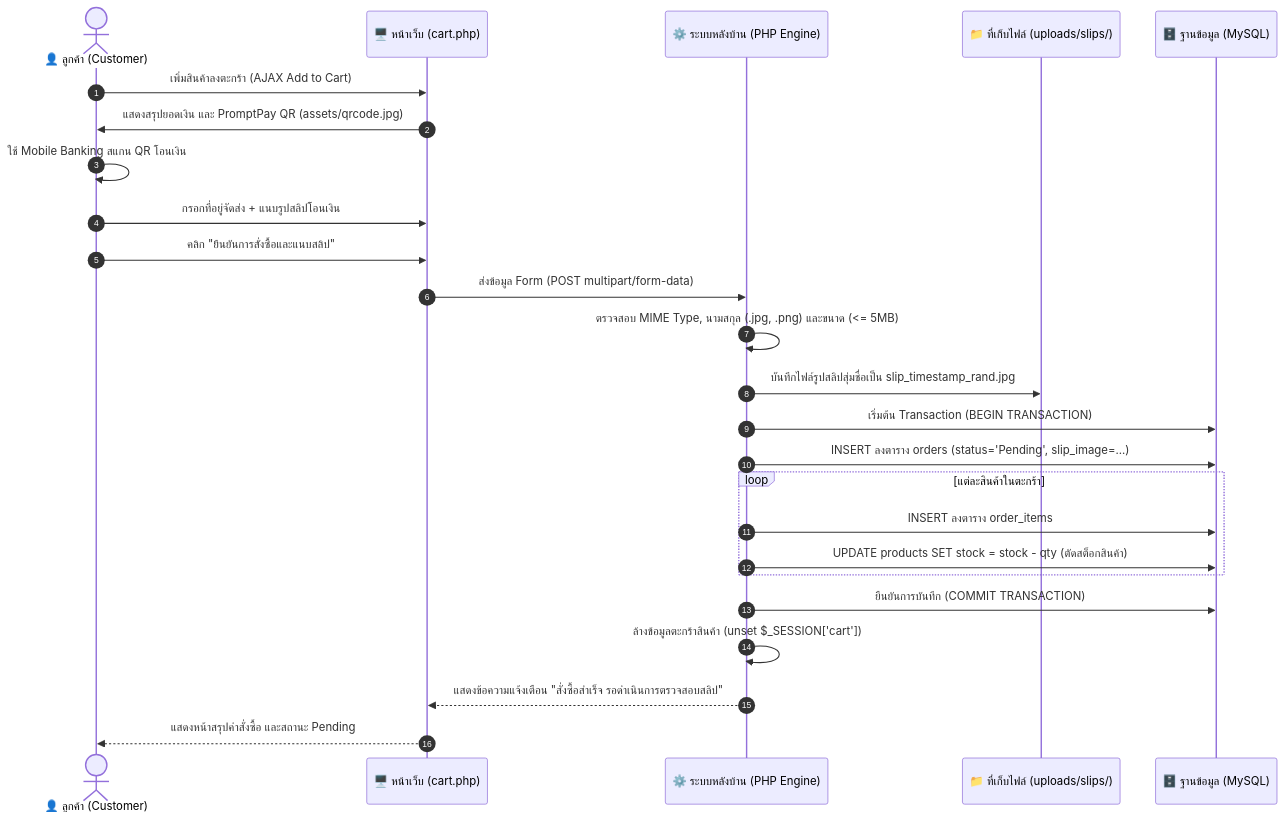
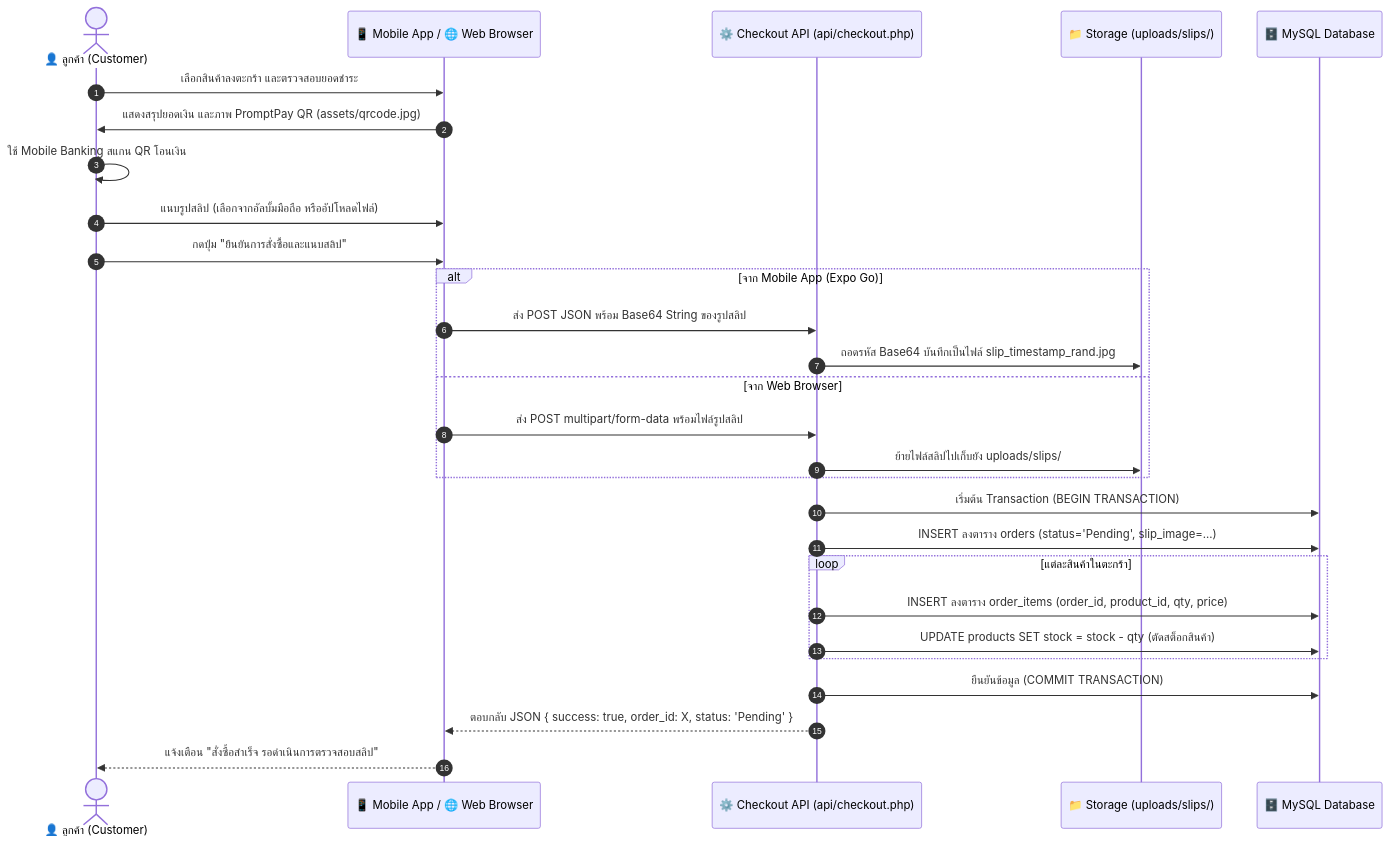
Before and after one commit to M16C/term_project1_2026: the third of 5 diagrams in README.md, drawn with Mermaid. The commit also changed other lines of this file and 35 other files, not shown here.

Commit message:
add mobile app

````diff
--- a/README.md
+++ b/README.md
@@ -161,31 +151,34 @@
 ```mermaid
 sequenceDiagram
     autonumber
     actor Customer as 👤 ลูกค้า (Customer)
-    participant UI as 🖥️ หน้าเว็บ (cart.php)
-    participant PHP as ⚙️ ระบบหลังบ้าน (PHP Engine)
-    participant FileSys as 📁 ที่เก็บไฟล์ (uploads/slips/)
-    participant DB as 🗄️ ฐานข้อมูล (MySQL)
+    participant Client as 📱 Mobile App / 🌐 Web Browser
+    participant API as ⚙️ Checkout API (api/checkout.php)
+    participant Storage as 📁 Storage (uploads/slips/)
+    participant DB as 🗄️ MySQL Database
 
-    Customer->>UI: เพิ่มสินค้าลงตะกร้า (AJAX Add to Cart)
-    UI->>Customer: แสดงสรุปยอดเงิน และ PromptPay QR (assets/qrcode.jpg)
+    Customer->>Client: เลือกสินค้าลงตะกร้า และตรวจสอบยอดชำระ
+    Client->>Customer: แสดงสรุปยอดเงิน และภาพ PromptPay QR (assets/qrcode.jpg)
     Customer->>Customer: ใช้ Mobile Banking สแกน QR โอนเงิน
-    Customer->>UI: กรอกที่อยู่จัดส่ง + แนบรูปสลิปโอนเงิน
-    Customer->>UI: คลิก "ยืนยันการสั่งซื้อและแนบสลิป"
+    Customer->>Client: แนบรูปสลิป (เลือกจากอัลบั้มมือถือ หรืออัปโหลดไฟล์)
+    Customer->>Client: กดปุ่ม "ยืนยันการสั่งซื้อและแนบสลิป"
     
-    UI->>PHP: ส่งข้อมูล Form (POST multipart/form-data)
-    PHP->>PHP: ตรวจสอบ MIME Type, นามสกุล (.jpg, .png) และขนาด (<= 5MB)
-    PHP->>FileSys: บันทึกไฟล์รูปสลิปสุ่มชื่อเป็น slip_timestamp_rand.jpg
+    alt จาก Mobile App (Expo Go)
+        Client->>API: ส่ง POST JSON พร้อม Base64 String ของรูปสลิป
+        API->>Storage: ถอดรหัส Base64 บันทึกเป็นไฟล์ slip_timestamp_rand.jpg
+    else จาก Web Browser
+        Client->>API: ส่ง POST multipart/form-data พร้อมไฟล์รูปสลิป
+        API->>Storage: ย้ายไฟล์สลิปไปเก็บยัง uploads/slips/
+    end
+
+    API->>DB: เริ่มต้น Transaction (BEGIN TRANSACTION)
+    API->>DB: INSERT ลงตาราง orders (status='Pending', slip_image=...)
+    loop แต่ละสินค้าในตะกร้า
+        API->>DB: INSERT ลงตาราง order_items (order_id, product_id, qty, price)
+        API->>DB: UPDATE products SET stock = stock - qty (ตัดสต็อกสินค้า)
+    end
+    API->>DB: ยืนยันข้อมูล (COMMIT TRANSACTION)
     
-    PHP->>DB: เริ่มต้น Transaction (BEGIN TRANSACTION)
-    PHP->>DB: INSERT ลงตาราง orders (status='Pending', slip_image=...)
-    loop แต่ละสินค้าในตะกร้า
-        PHP->>DB: INSERT ลงตาราง order_items
-        PHP->>DB: UPDATE products SET stock = stock - qty (ตัดสต็อกสินค้า)
-    end
-    PHP->>DB: ยืนยันการบันทึก (COMMIT TRANSACTION)
-    
-    PHP->>PHP: ล้างข้อมูลตะกร้าสินค้า (unset $_SESSION['cart'])
-    PHP-->>UI: แสดงข้อความแจ้งเตือน "สั่งซื้อสำเร็จ รอดำเนินการตรวจสอบสลิป"
-    UI-->>Customer: แสดงหน้าสรุปคำสั่งซื้อ และสถานะ Pending
+    API-->>Client: ตอบกลับ JSON { success: true, order_id: X, status: 'Pending' }
+    Client-->>Customer: แจ้งเตือน "สั่งซื้อสำเร็จ รอดำเนินการตรวจสอบสลิป"
 ```
````
